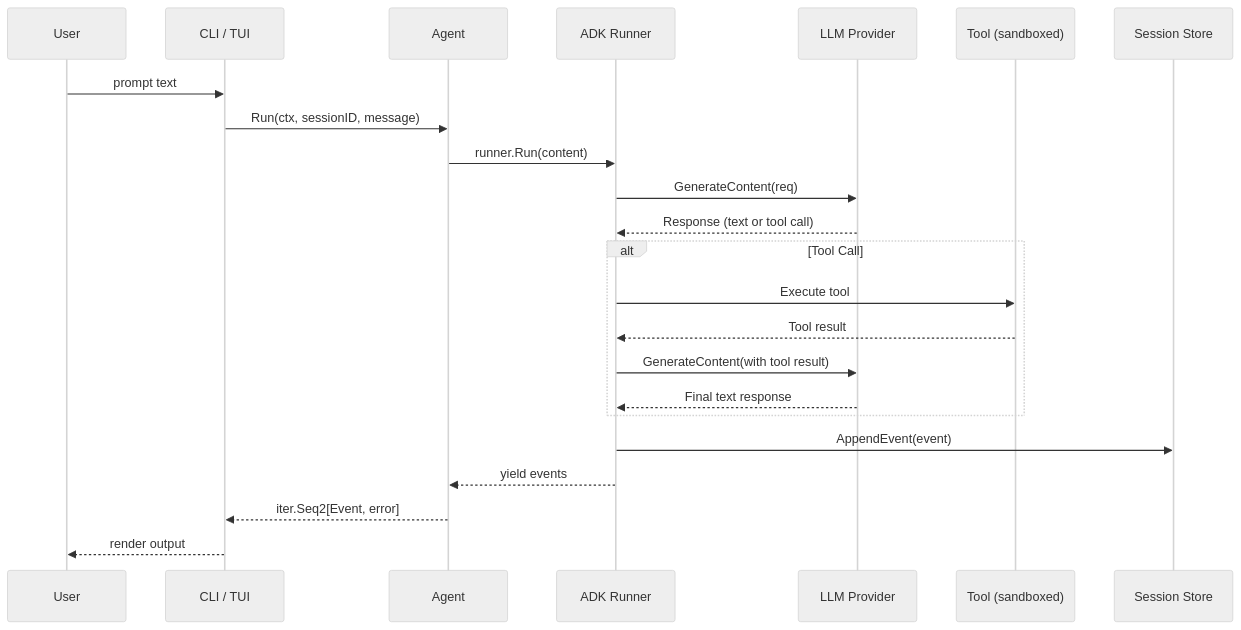
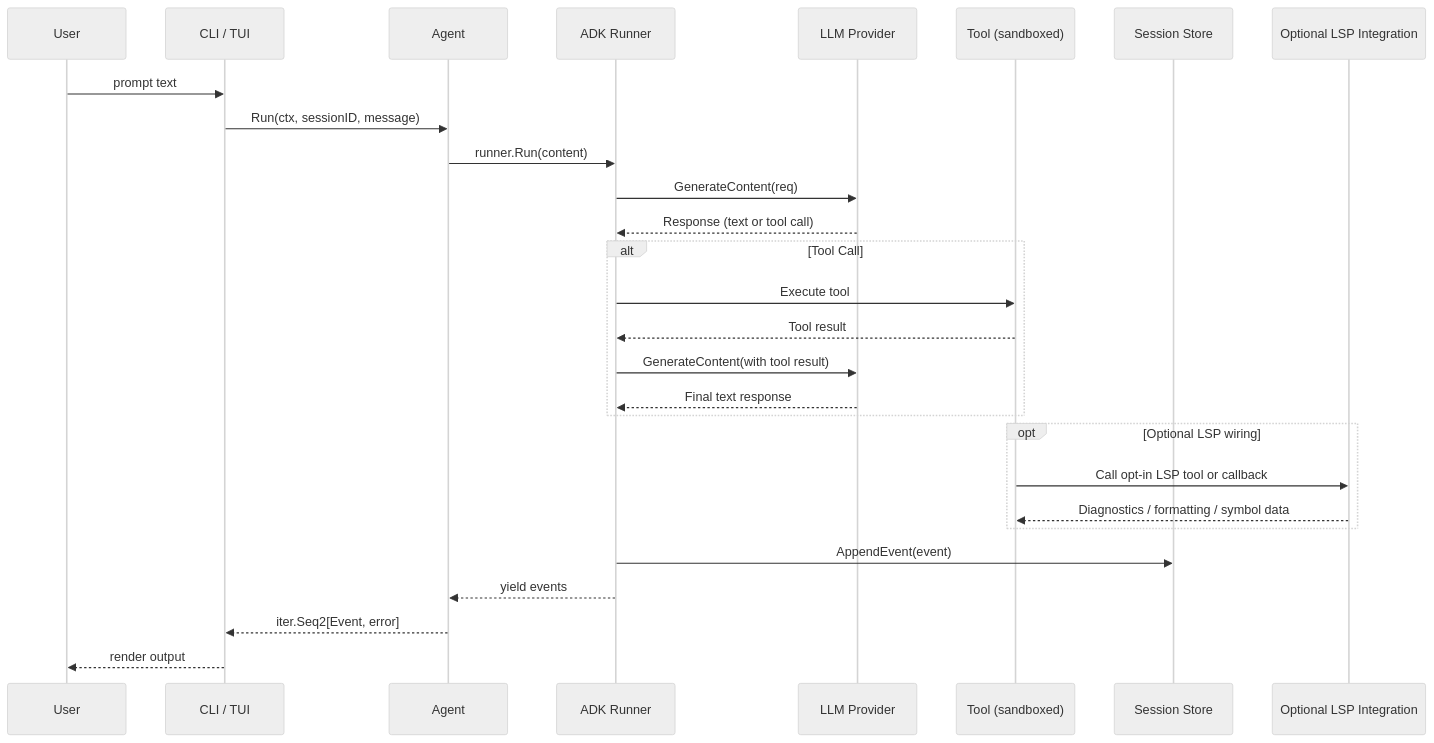
Before and after one commit to Pizzaface/pi-go: the second of 14 diagrams in ARCHITECTURE.md, drawn with Mermaid (neutral theme). The commit also changed other lines of this file and 8 other files, not shown here.

````diff
--- a/ARCHITECTURE.md
+++ b/ARCHITECTURE.md
@@ -97,28 +97,34 @@
 ```mermaid
 sequenceDiagram
     participant U as User
     participant CLI as CLI / TUI
     participant A as Agent
     participant R as ADK Runner
     participant LLM as LLM Provider
     participant T as Tool (sandboxed)
     participant S as Session Store
+    participant LSP as Optional LSP Integration
 
     U->>CLI: prompt text
     CLI->>A: Run(ctx, sessionID, message)
     A->>R: runner.Run(content)
     R->>LLM: GenerateContent(req)
     LLM-->>R: Response (text or tool call)
 
     alt Tool Call
         R->>T: Execute tool
         T-->>R: Tool result
         R->>LLM: GenerateContent(with tool result)
         LLM-->>R: Final text response
     end
 
+    opt Optional LSP wiring
+        T->>LSP: Call opt-in LSP tool or callback
+        LSP-->>T: Diagnostics / formatting / symbol data
+    end
+
     R->>S: AppendEvent(event)
     R-->>A: yield events
     A-->>CLI: iter.Seq2[Event, error]
     CLI-->>U: render output
 ```
````
